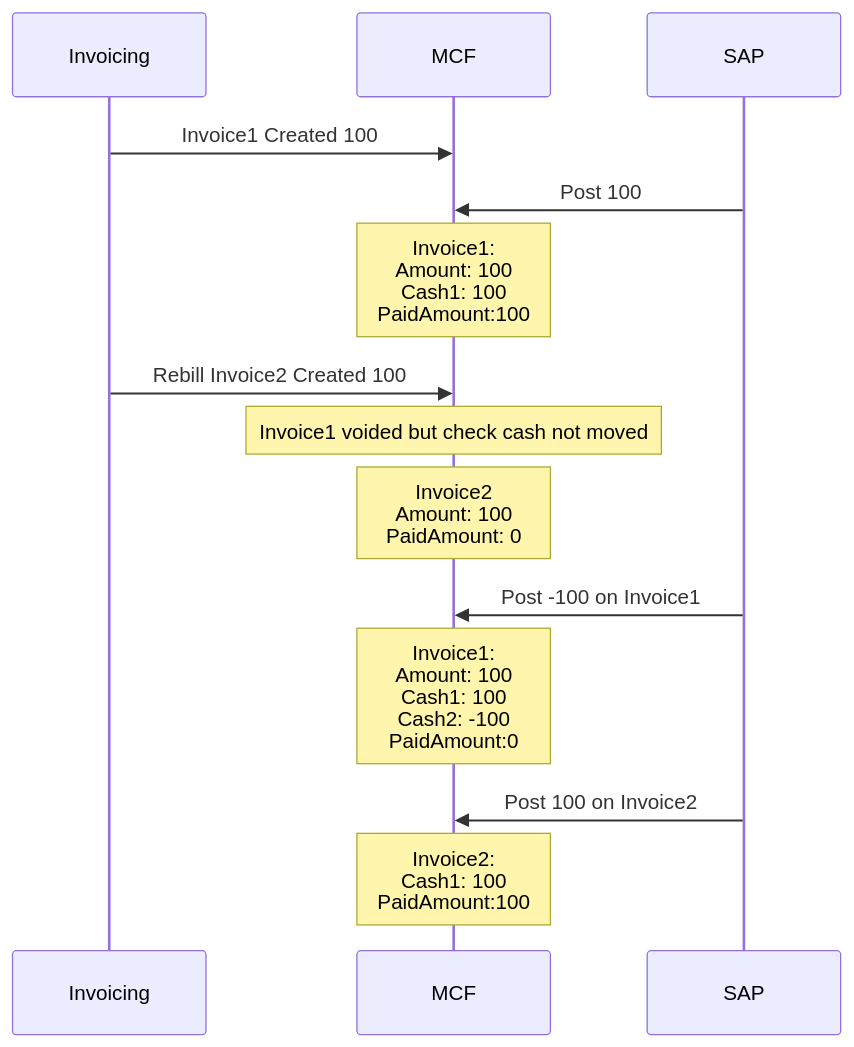
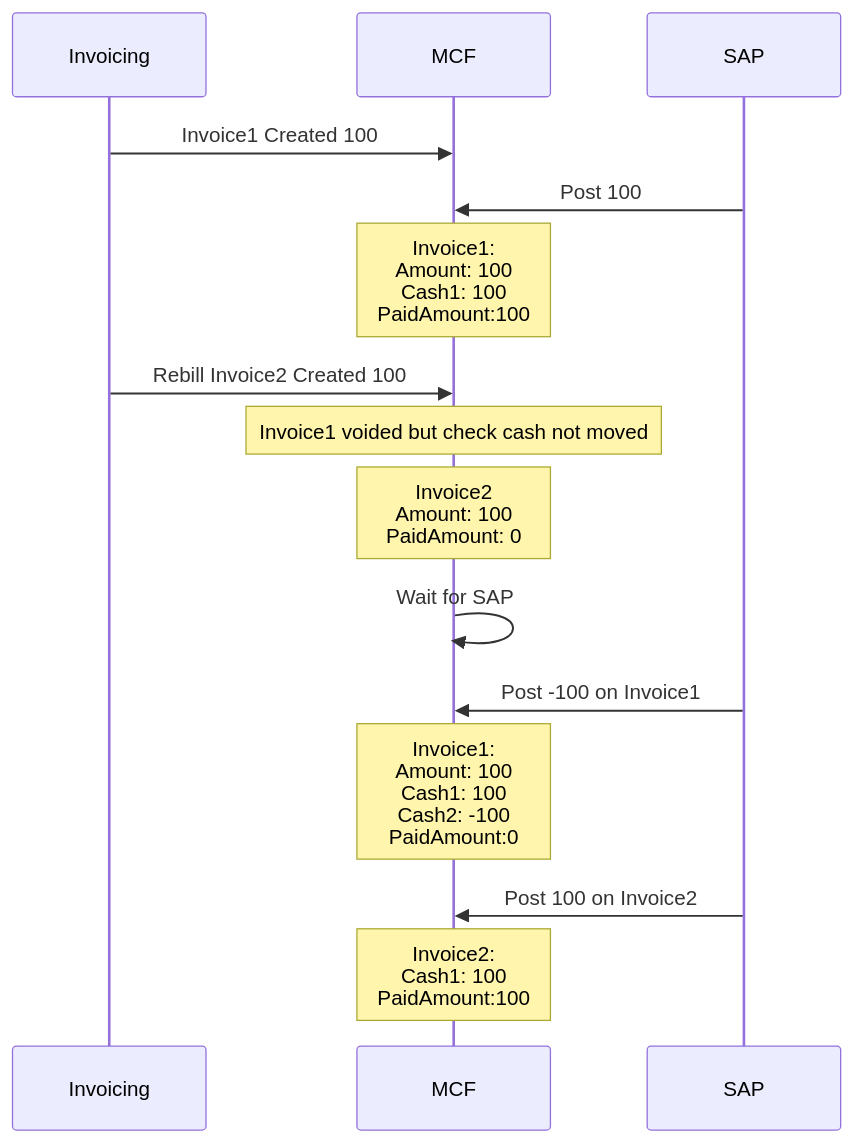
One commit to vikramsinha/test1 changed the eighth of 13 diagrams in MCF-SAP Scenarios.md. Above: the diagram before and after it, drawn with Mermaid. The commit also changed other lines of this file, not shown here.

Commit message:
Update MCF-SAP Scenarios.md

````diff
--- a/MCF-SAP Scenarios.md
+++ b/MCF-SAP Scenarios.md
@@ -147,17 +147,18 @@
 ```mermaid
 %%{init: {'theme': 'default'} }%%
 sequenceDiagram
     participant Invoicing
     participant MCF
     participant SAP
     Invoicing->>MCF: Invoice1 Created 100    
     SAP->>MCF: Post 100
     Note over MCF: Invoice1:<br/>Amount: 100<br/>Cash1: 100<br/>PaidAmount:100
     Invoicing->>MCF: Rebill Invoice2 Created 100
     Note over MCF: Invoice1 voided but check cash not moved
     Note over MCF: Invoice2<br/>Amount: 100<br/>PaidAmount: 0
+    MCF->>MCF: Wait for SAP
     SAP->>MCF: Post -100 on Invoice1
     Note over MCF: Invoice1:<br/>Amount: 100<br/>Cash1: 100<br/>Cash2: -100<br/>PaidAmount:0
     SAP->>MCF: Post 100 on Invoice2
     Note over MCF: Invoice2:<br/>Cash1: 100<br/>PaidAmount:100
 ```
````
